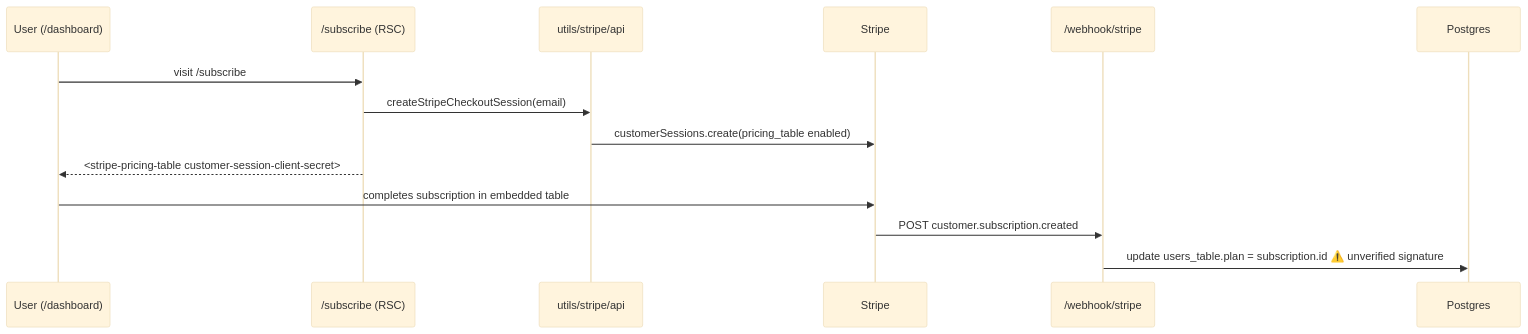
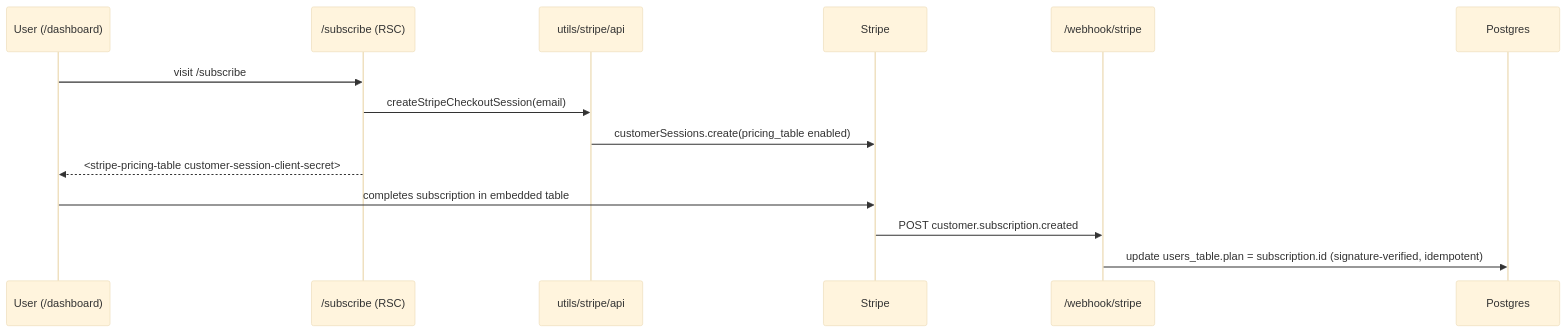
The fourth of 5 diagrams in docs/ARCHITECTURE.md (PriyansuMaurya/getcertificate.today), drawn with Mermaid (base theme) before and after one commit. The commit also changed other lines of this file and 48 other files, not shown here.

````diff
--- a/docs/ARCHITECTURE.md
+++ b/docs/ARCHITECTURE.md
@@ -348,16 +372,16 @@
 ```mermaid
 sequenceDiagram
   participant U as User (/dashboard)
   participant S as /subscribe (RSC)
   participant API as utils/stripe/api
   participant ST as Stripe
   participant WH as /webhook/stripe
   participant DB as Postgres
   U->>S: visit /subscribe
   S->>API: createStripeCheckoutSession(email)
   API->>ST: customerSessions.create(pricing_table enabled)
   S-->>U: <stripe-pricing-table customer-session-client-secret>
   U->>ST: completes subscription in embedded table
   ST->>WH: POST customer.subscription.created
-  WH->>DB: update users_table.plan = subscription.id  ⚠️ unverified signature
+  WH->>DB: update users_table.plan = subscription.id (signature-verified, idempotent)
 ```
````
